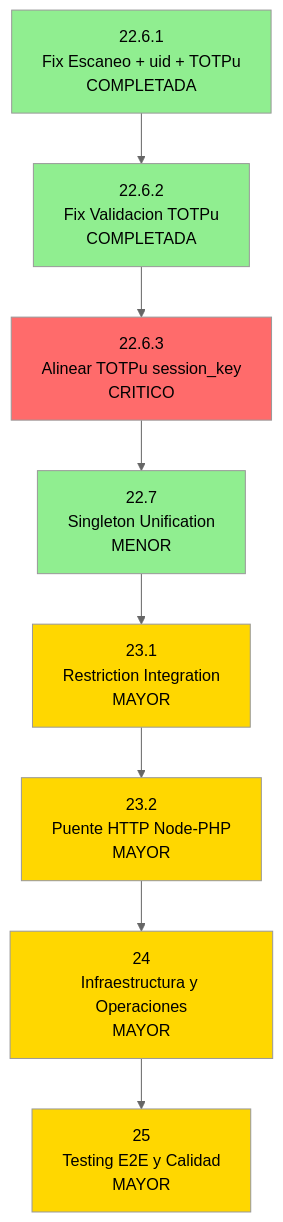
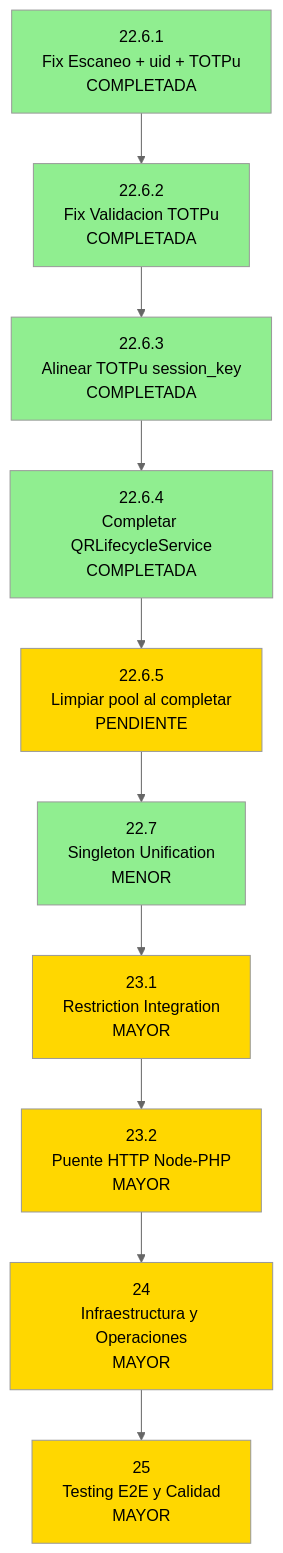
One commit to Ragnarsss/capstone-backend changed the diagram in ROADMAP.md. Above: the diagram before and after it, drawn with Mermaid (neutral theme). The commit also changed other lines of this file, not shown here.

Commit message:
docs(roadmap): marcar 22.6.4 COMPLETADA, agregar 22.6.5 PENDIENTE

````diff
--- a/ROADMAP.md
+++ b/ROADMAP.md
@@ -58,28 +59,34 @@
 ```mermaid
 flowchart TB
     P0[22.6.1<br/>Fix Escaneo + uid + TOTPu<br/>COMPLETADA]
     P1[22.6.2<br/>Fix Validacion TOTPu<br/>COMPLETADA]
-    P1_1[22.6.3<br/>Alinear TOTPu session_key<br/>CRITICO]
+    P1_1[22.6.3<br/>Alinear TOTPu session_key<br/>COMPLETADA]
+    P1_2[22.6.4<br/>Completar QRLifecycleService<br/>COMPLETADA]
+    P1_3[22.6.5<br/>Limpiar pool al completar<br/>PENDIENTE]
     P2[22.7<br/>Singleton Unification<br/>MENOR]
     P3[23.1<br/>Restriction Integration<br/>MAYOR]
     P4[23.2<br/>Puente HTTP Node-PHP<br/>MAYOR]
     P5[24<br/>Infraestructura y Operaciones<br/>MAYOR]
     P6[25<br/>Testing E2E y Calidad<br/>MAYOR]
     
     P0 --> P1
     P1 --> P1_1
-    P1_1 --> P2
+    P1_1 --> P1_2
+    P1_2 --> P1_3
+    P1_3 --> P2
     P2 --> P3
     P3 --> P4
     P4 --> P5
     P5 --> P6
 
     style P0 fill:#90EE90
     style P1 fill:#90EE90
-    style P1_1 fill:#FF6B6B
+    style P1_1 fill:#90EE90
+    style P1_2 fill:#90EE90
+    style P1_3 fill:#FFD700
     style P2 fill:#90EE90
     style P3 fill:#FFD700
     style P4 fill:#FFD700
     style P5 fill:#FFD700
     style P6 fill:#FFD700
 ```
````
